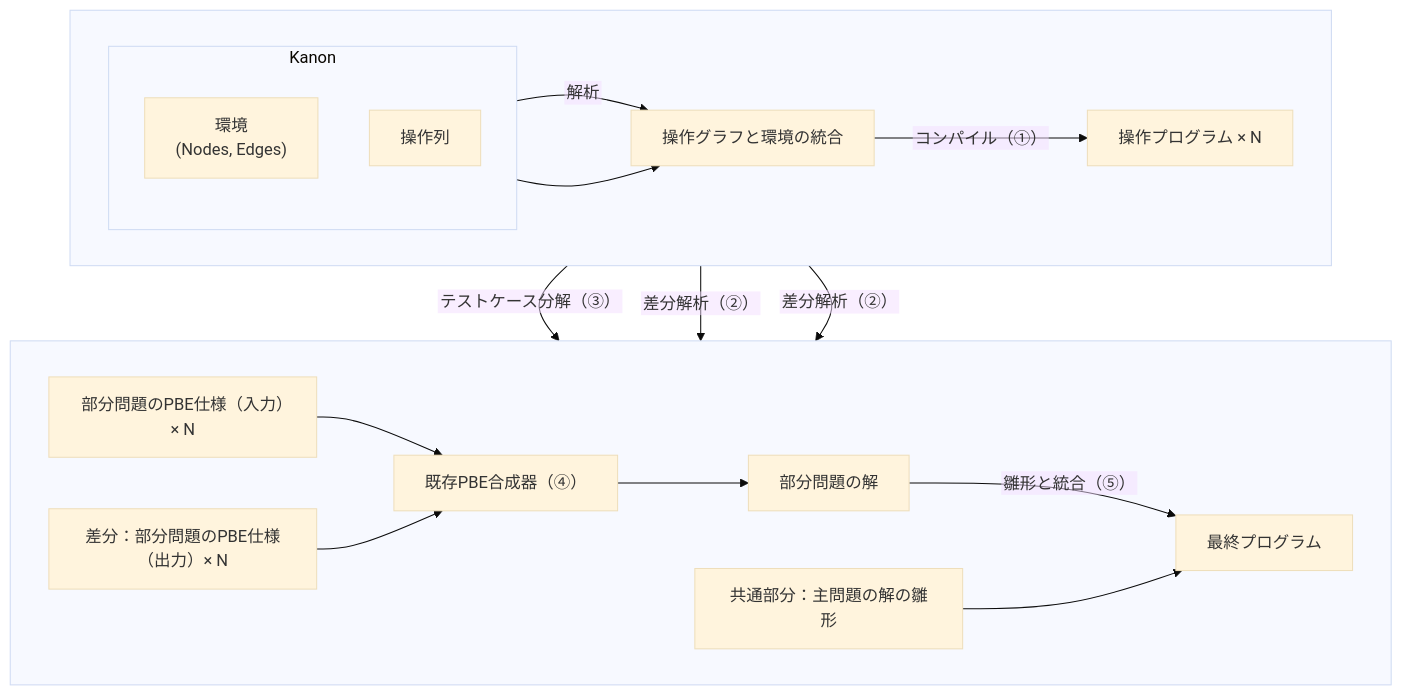
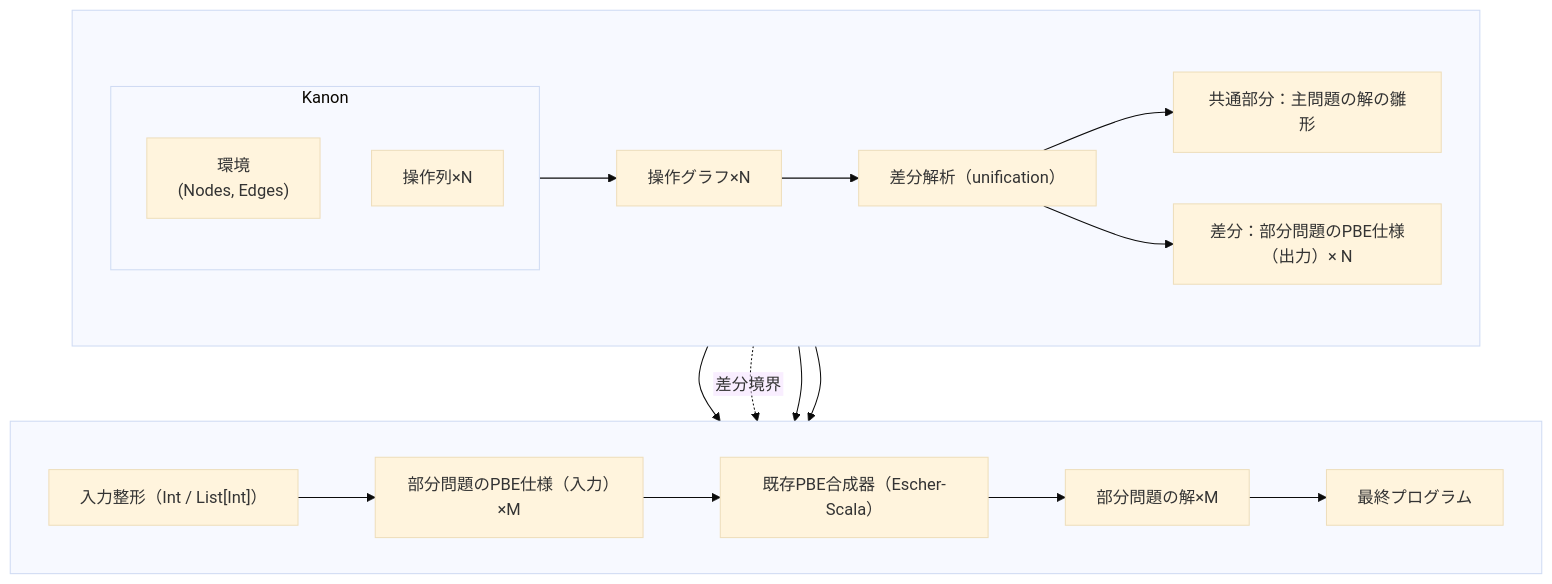
The diagram in architecture.md (ta-yoshi02/RefSyn), drawn with Mermaid (base theme) before and after one commit. The commit also changed other lines of this file and 8 other files, not shown here.

````diff
--- a/architecture.md
+++ b/architecture.md
@@ -5,31 +5,32 @@
 ```mermaid
 %%{init: {'flowchart': { 'htmlLabels': false }}}%%
 flowchart TB
 
-  %% 上段：Kanon → 統合 → コンパイル（旧①）
+  %% 上段：Kanon入力 → 操作表現 → 差分解析
   subgraph Row1[ ]
     direction LR
     subgraph Kanon["Kanon"]
       direction TB
       E["環境<br>(Nodes, Edges)"]
-      OP["操作列"]
+      OP["操作列×N"]
     end
-    E -->|解析| G["操作グラフと環境の統合"]
-    OP --> G
-    G -->|コンパイル（①）| P["操作プログラム × N"]
+    OP --> OG["操作グラフ×N"]
+    OG --> Diff["差分解析（unification）"]
+    Diff --> M_tpl["共通部分：主問題の解の雛形"]
+    Diff --> D_out["差分：部分問題のPBE仕様（出力）× N"]
   end
 
-  %% 下段：入力仕様/差分仕様 → 合成 → 雛形と統合（旧②③④⑤）
+  %% 下段：入力整形 → 合成 → 雛形と統合
   subgraph Row2[ ]
     direction LR
-    E -->|テストケース分解（③）| S_in["部分問題のPBE仕様（入力）× N"]
-    P -->|差分解析（②）| D_out["差分：部分問題のPBE仕様（出力）× N"]
-    P -->|差分解析（②）| M_tpl["共通部分：主問題の解の雛形"]
+    E --> Shape["入力整形（Int / List[Int]）"]
+    Diff -. 差分境界 .-> Shape
+    Shape --> S_in["部分問題のPBE仕様（入力）×M"]
 
-    S_in --> Synth["既存PBE合成器（④）"]
+    S_in --> Synth["既存PBE合成器（Escher-Scala）"]
     D_out --> Synth
-    Synth --> R["部分問題の解"]
-    R -->|雛形と統合（⑤）| Final["最終プログラム"]
+    Synth --> R["部分問題の解×M"]
+    R --> Final["最終プログラム"]
     M_tpl --> Final
   end
 ```
````
